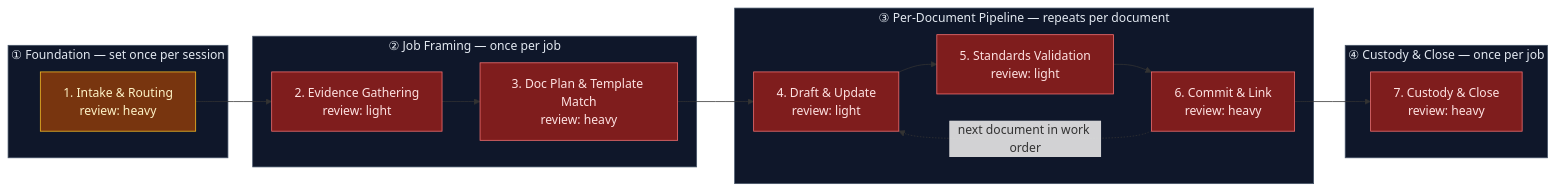
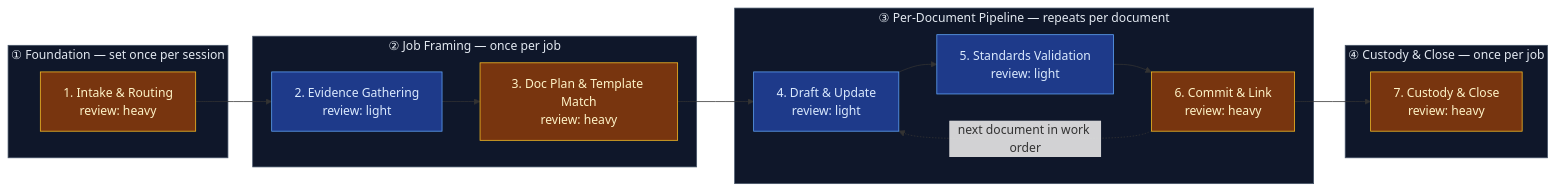
The diagram in icp-flows/documentarian/HUB.md (RafySauce/flow-lab), drawn with Mermaid before and after one commit. The commit also changed other lines of this file and 32 other files, not shown here.

````diff
--- a/icp-flows/documentarian/HUB.md
+++ b/icp-flows/documentarian/HUB.md
@@ -56,29 +56,29 @@
 ```mermaid
 flowchart LR
     subgraph F["① Foundation — set once per session"]
         style F fill:#0f172a,stroke:#475569,stroke-width:1px,color:#e2e8f0
         S1["1. Intake &amp; Routing<br/>review: heavy"]:::heavy
     end
     subgraph J["② Job Framing — once per job"]
         style J fill:#0f172a,stroke:#475569,stroke-width:1px,color:#e2e8f0
-        S2["2. Evidence Gathering<br/>review: light"]:::gap
-        S3["3. Doc Plan &amp; Template Match<br/>review: heavy"]:::gap
+        S2["2. Evidence Gathering<br/>review: light"]:::light
+        S3["3. Doc Plan &amp; Template Match<br/>review: heavy"]:::heavy
     end
     subgraph D["③ Per-Document Pipeline — repeats per document"]
         style D fill:#0f172a,stroke:#475569,stroke-width:1px,color:#e2e8f0
-        S4["4. Draft &amp; Update<br/>review: light"]:::gap
-        S5["5. Standards Validation<br/>review: light"]:::gap
-        S6["6. Commit &amp; Link<br/>review: heavy"]:::gap
+        S4["4. Draft &amp; Update<br/>review: light"]:::light
+        S5["5. Standards Validation<br/>review: light"]:::light
+        S6["6. Commit &amp; Link<br/>review: heavy"]:::heavy
     end
     subgraph C["④ Custody &amp; Close — once per job"]
         style C fill:#0f172a,stroke:#475569,stroke-width:1px,color:#e2e8f0
-        S7["7. Custody &amp; Close<br/>review: heavy"]:::gap
+        S7["7. Custody &amp; Close<br/>review: heavy"]:::heavy
     end
     S1 --> S2 --> S3 --> S4 --> S5 --> S6
     S6 --> S7
     S6 -.->|"next document in work order"| S4
 
     classDef heavy fill:#78350f,stroke:#fbbf24,color:#fef3c7
     classDef light fill:#1e3a8a,stroke:#60a5fa,color:#dbeafe
     classDef gap   fill:#7f1d1d,stroke:#f87171,color:#fee2e2
 ```
````
